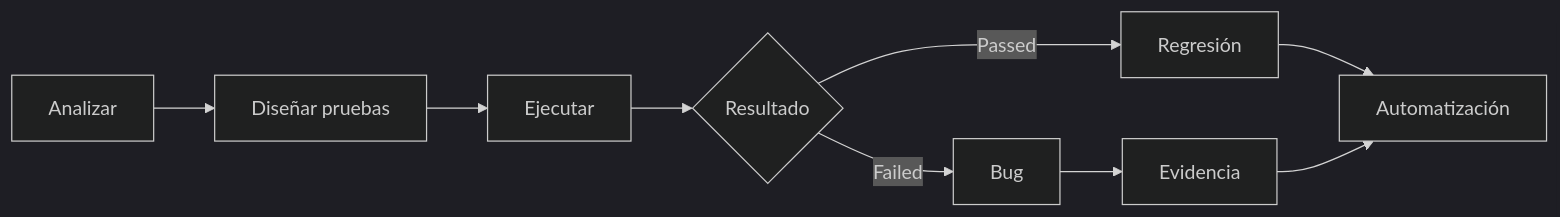
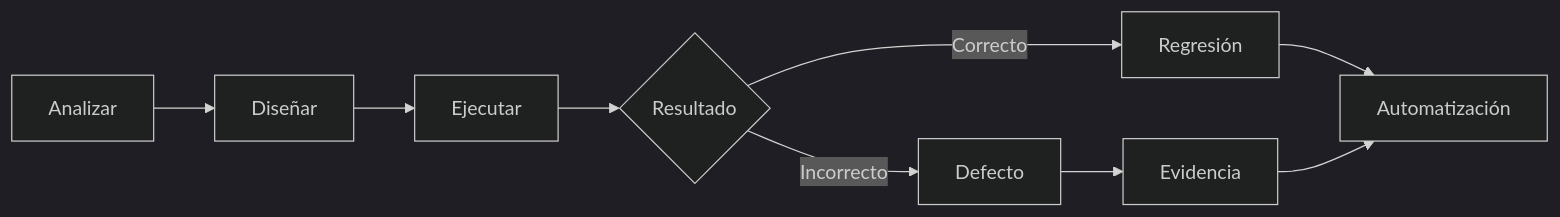
The first of 4 diagrams in README.md (MichaelR21z/shady-meadows-bnb-automation), drawn with Mermaid (dark theme) before and after one commit. The commit also changed other lines of this file and 1 other file, not shown here.

````diff
--- a/README.md
+++ b/README.md
@@ -22,11 +26,11 @@
 ```mermaid
 flowchart LR
-    A[Analizar] --> B[Diseñar pruebas]
+    A[Analizar] --> B[Diseñar]
     B --> C[Ejecutar]
     C --> D{Resultado}
-    D -->|Passed| E[Regresión]
-    D -->|Failed| F[Bug]
+    D -->|Correcto| E[Regresión]
+    D -->|Incorrecto| F[Defecto]
     F --> G[Evidencia]
     E --> H[Automatización]
     G --> H
 ```
````
